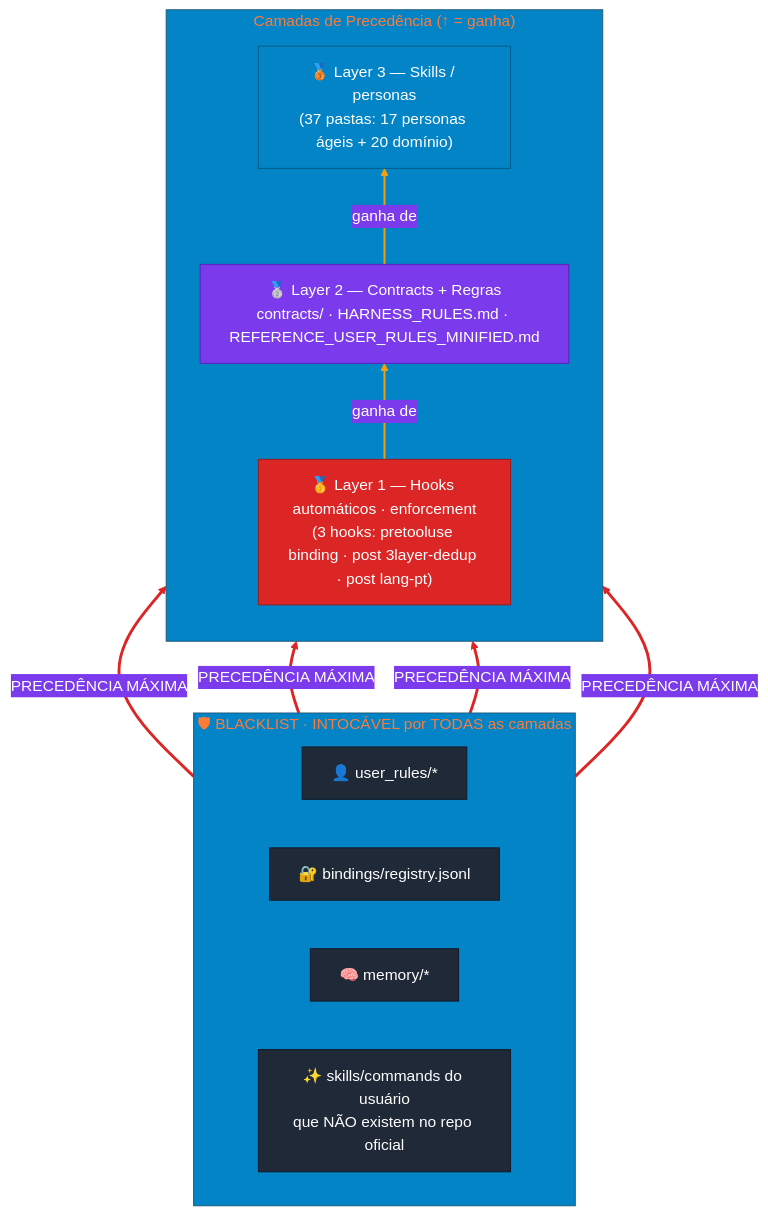
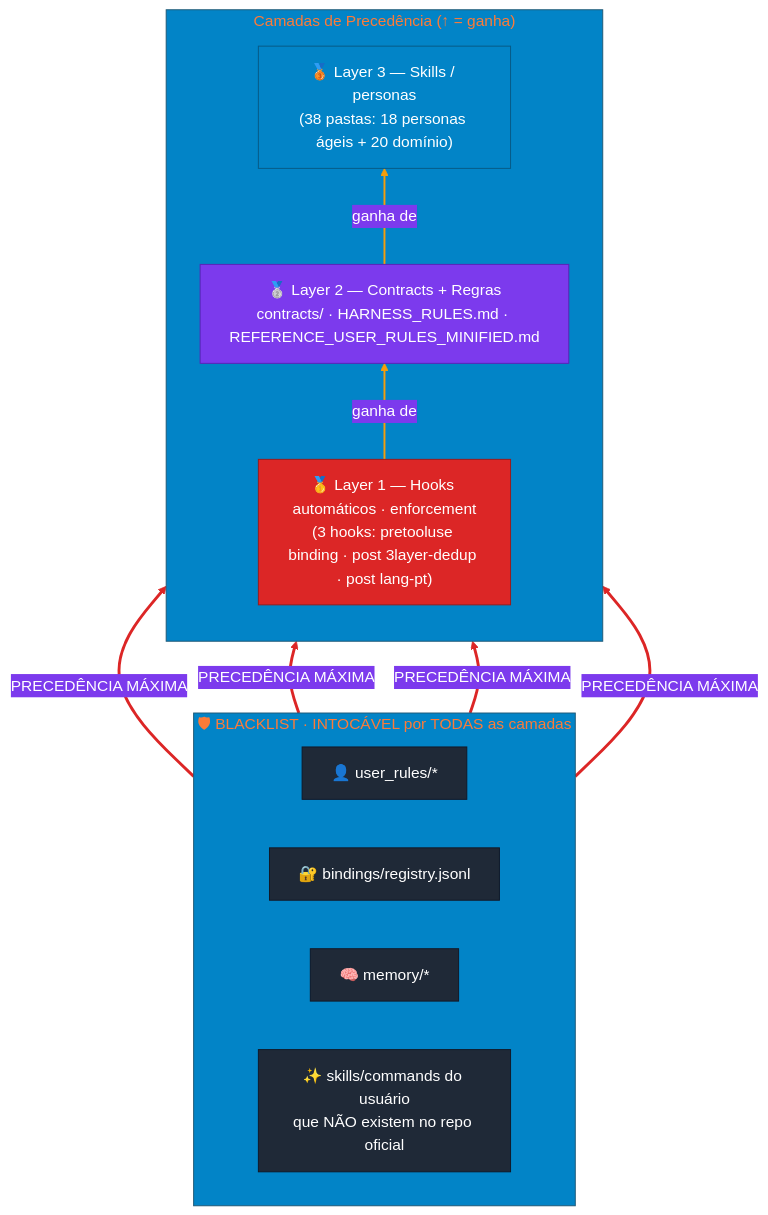
The second of 3 diagrams in README.md (laionazeredo/che-ai), drawn with Mermaid before and after one commit. The commit also changed other lines of this file and 4 other files, not shown here.

````diff
--- a/README.md
+++ b/README.md
@@ -106,39 +106,39 @@
 ```mermaid
 %%{init: {'theme':'base', 'themeVariables': {
   'primaryColor':'#0f172a','primaryTextColor':'#fff',
   'lineColor':'#475569','secondaryColor':'#7c3aed','tertiaryColor':'#0284c7'
 }}}%%
 flowchart BT
     subgraph BL["🛡 BLACKLIST · INTOCÁVEL por TODAS as camadas"]
       direction LR
       U[👤 user_rules/*]
       B[🔐 bindings/registry.jsonl]
       M[🧠 memory/*]
       C[✨ skills/commands do usuário\nque NÃO existem no repo oficial]
     end
 
     subgraph Layers["Camadas de Precedência (↑ = ganha)"]
       direction BT
-      L3["🥉 Layer 3 — Skills / personas\n(37 pastas: 17 personas ágeis + 20 domínio)"]
+      L3["🥉 Layer 3 — Skills / personas\n(38 pastas: 18 personas ágeis + 20 domínio)"]
       L2["🥈 Layer 2 — Contracts + Regras\ncontracts/ · HARNESS_RULES.md · REFERENCE_USER_RULES_MINIFIED.md"]
       L1["🥇 Layer 1 — Hooks automáticos · enforcement\n(3 hooks: pretooluse binding · post 3layer-dedup · post lang-pt)"]
     end
 
     U & B & M & C -- PRECEDÊNCIA MÁXIMA --> L1
     L1 -- ganha de --> L2
     L2 -- ganha de --> L3
     linkStyle 0 stroke:#DC2626,stroke-width:3px
     linkStyle 1 stroke:#DC2626,stroke-width:3px
     linkStyle 2 stroke:#DC2626,stroke-width:3px
     linkStyle 3 stroke:#DC2626,stroke-width:3px
     linkStyle 4 stroke:#F59E0B,stroke-width:2px
     linkStyle 5 stroke:#F59E0B,stroke-width:2px
     classDef black fill:#1F2937,stroke:#111827,color:#fff
     class U,B,M,C black
     classDef hook fill:#DC2626,stroke:#991B1B,color:#fff
     classDef contract fill:#7C3AED,stroke:#5B21B6,color:#fff
     classDef skill fill:#0284C7,stroke:#075985,color:#fff
     class L1 hook
     class L2 contract
     class L3 skill
 ```
````
